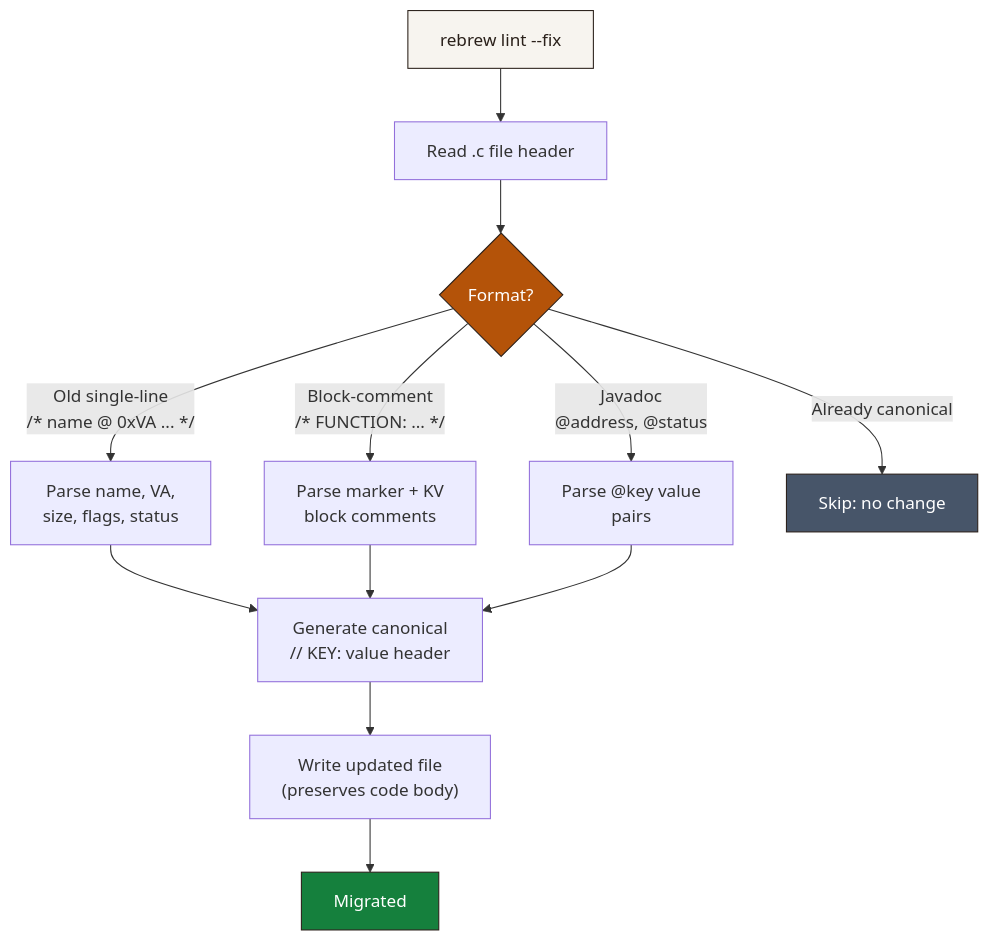
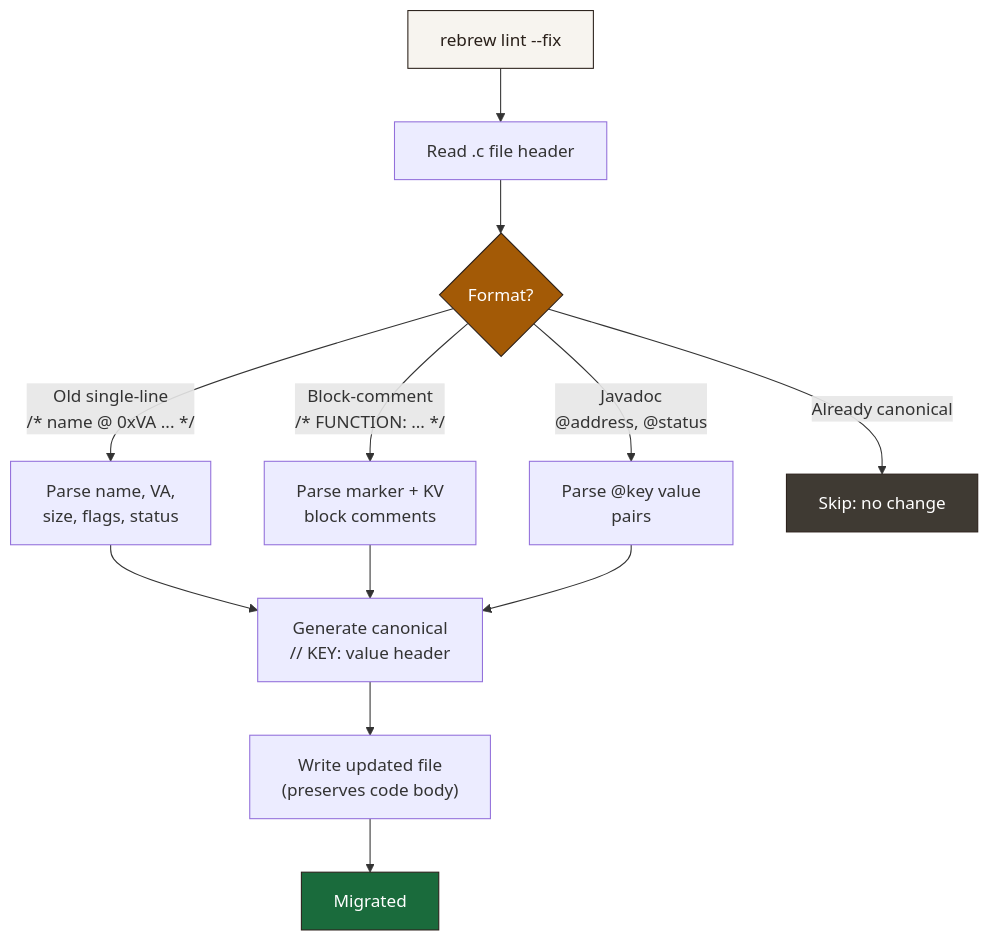
Before and after one commit to maci0/rebrew: the diagram in docs/ANNOTATIONS.md, drawn with Mermaid. The commit also changed other lines of this file and 8 other files, not shown here.

````diff
--- a/docs/ANNOTATIONS.md
+++ b/docs/ANNOTATIONS.md
@@ -548,21 +548,21 @@
 ```mermaid
 graph TD
     A["rebrew lint --fix"] --> B["Read .c file header"]
     B --> C{"Format?"}
     C -->|"Old single-line<br/>/* name @ 0xVA ... */"| D["Parse name, VA,<br/>size, flags, status"]
     C -->|"Block-comment<br/>/* FUNCTION: ... */"| E["Parse marker + KV<br/>block comments"]
     C -->|"Javadoc<br/>@address, @status"| F["Parse @key value<br/>pairs"]
     C -->|"Already canonical"| G["Skip: no change"]
 
     D --> H["Generate canonical<br/>// KEY: value header"]
     E --> H
     F --> H
 
     H --> I["Write updated file<br/>(preserves code body)"]
     I --> J["Migrated"]
 
     style A fill:#f7f4ef,stroke:#2a201a,color:#2a201a
-    style J fill:#15803d,stroke:#2a201a,color:#fff
-    style G fill:#475569,stroke:#2a201a,color:#fff
-    style C fill:#b45309,stroke:#2a201a,color:#fff
+    style J fill:#1a6b3c,stroke:#2a201a,color:#fff
+    style G fill:#3f3a33,stroke:#2a201a,color:#fff
+    style C fill:#a35a06,stroke:#2a201a,color:#fff
 ```
````
